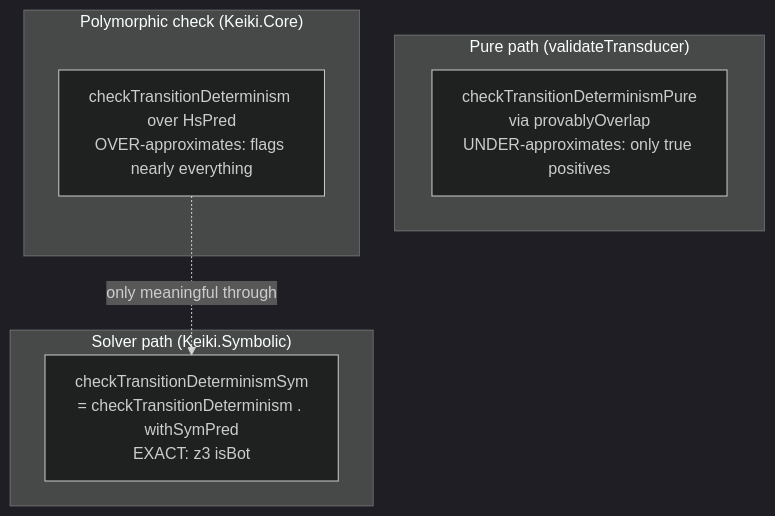
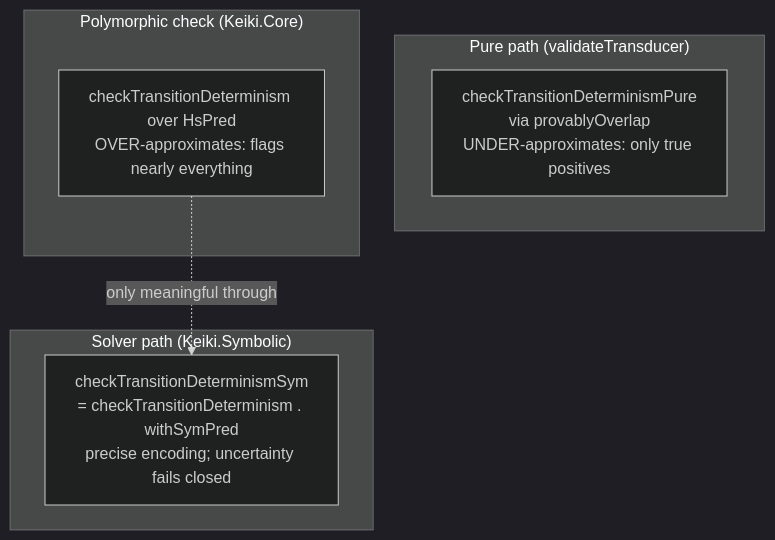
The diagram in content/docs/keiki/walkthrough/symbolic-and-validation/09-solver-backed-diagnostics.mdx (shinzui/keiro-runtime-docs), drawn with Mermaid (dark theme) before and after one commit. The commit also changed other lines of this file and 34 other files, not shown here.

````diff
--- a/content/docs/keiki/walkthrough/symbolic-and-validation/09-solver-backed-diagnostics.mdx
+++ b/content/docs/keiki/walkthrough/symbolic-and-validation/09-solver-backed-diagnostics.mdx
@@ -135,13 +144,13 @@
 ```mermaid
 flowchart TB
   subgraph pure["Pure path (validateTransducer)"]
     PP["checkTransitionDeterminismPure<br/>via provablyOverlap<br/>UNDER-approximates: only true positives"]
   end
   subgraph poly["Polymorphic check (Keiki.Core)"]
     CT["checkTransitionDeterminism over HsPred<br/>OVER-approximates: flags nearly everything"]
   end
   subgraph sym["Solver path (Keiki.Symbolic)"]
-    CS["checkTransitionDeterminismSym<br/>= checkTransitionDeterminism . withSymPred<br/>EXACT: z3 isBot"]
+    CS["checkTransitionDeterminismSym<br/>= checkTransitionDeterminism . withSymPred<br/>precise encoding; uncertainty fails closed"]
   end
   CT -.->|"only meaningful through"| CS
 ```
````
